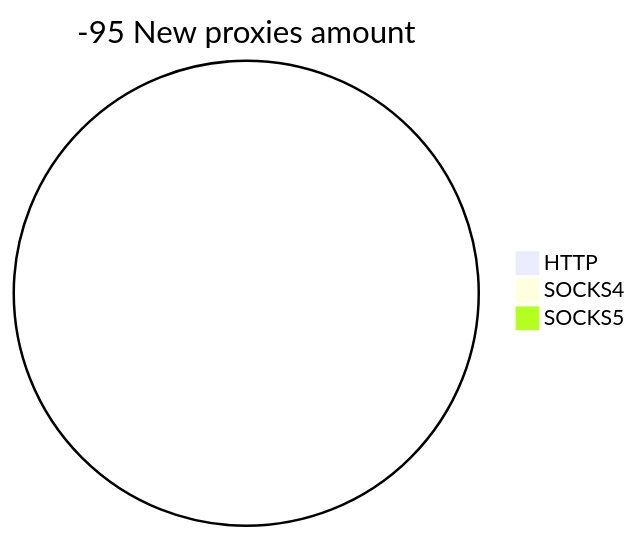
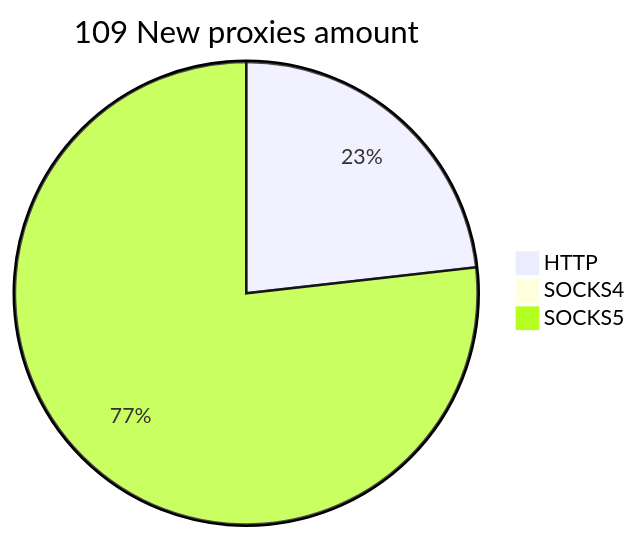
Before and after one commit to cutipu/proxylist: the second of 2 diagrams in README.md, drawn with Mermaid. The commit also changed other lines of this file, not shown here.

````diff
--- a/README.md
+++ b/README.md
@@ -10,6 +10,6 @@
 ```mermaid
-pie title -95 New proxies amount
-    "HTTP" : 0
+pie title 109 New proxies amount
+    "HTTP" : 26
     "SOCKS4" : 0
-    "SOCKS5" : 0
+    "SOCKS5" : 86
 ```
````
